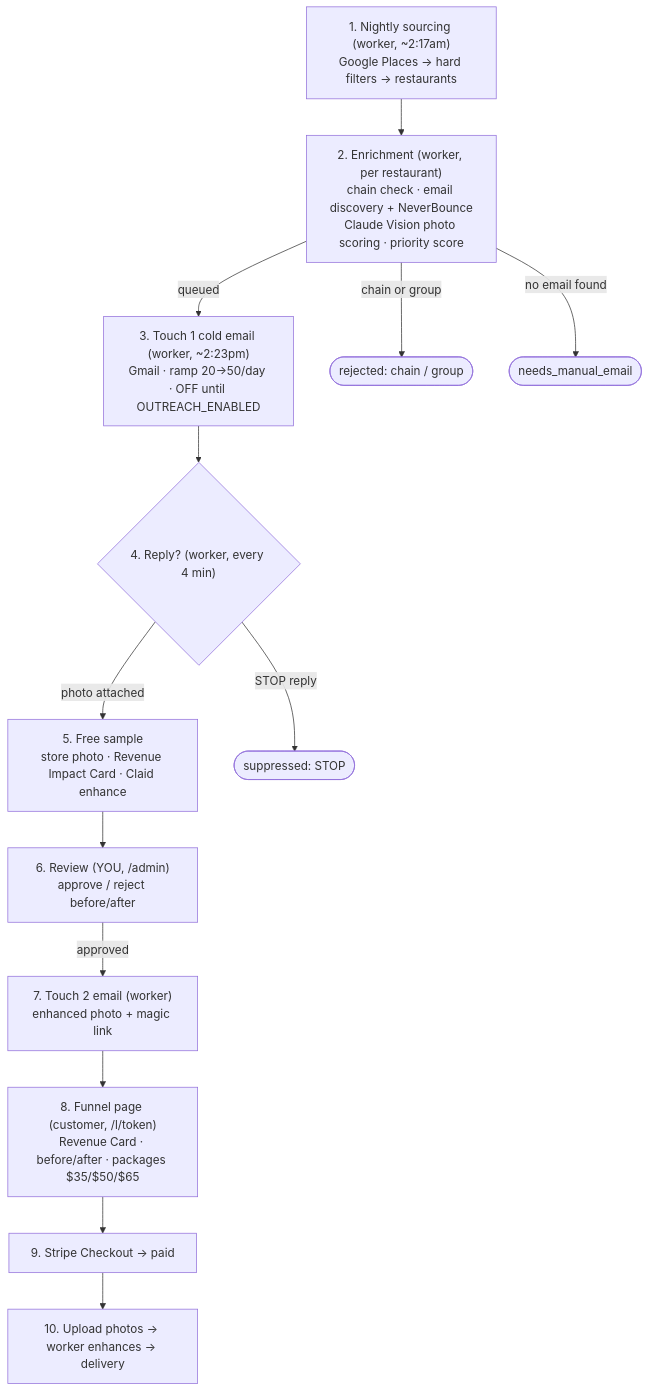
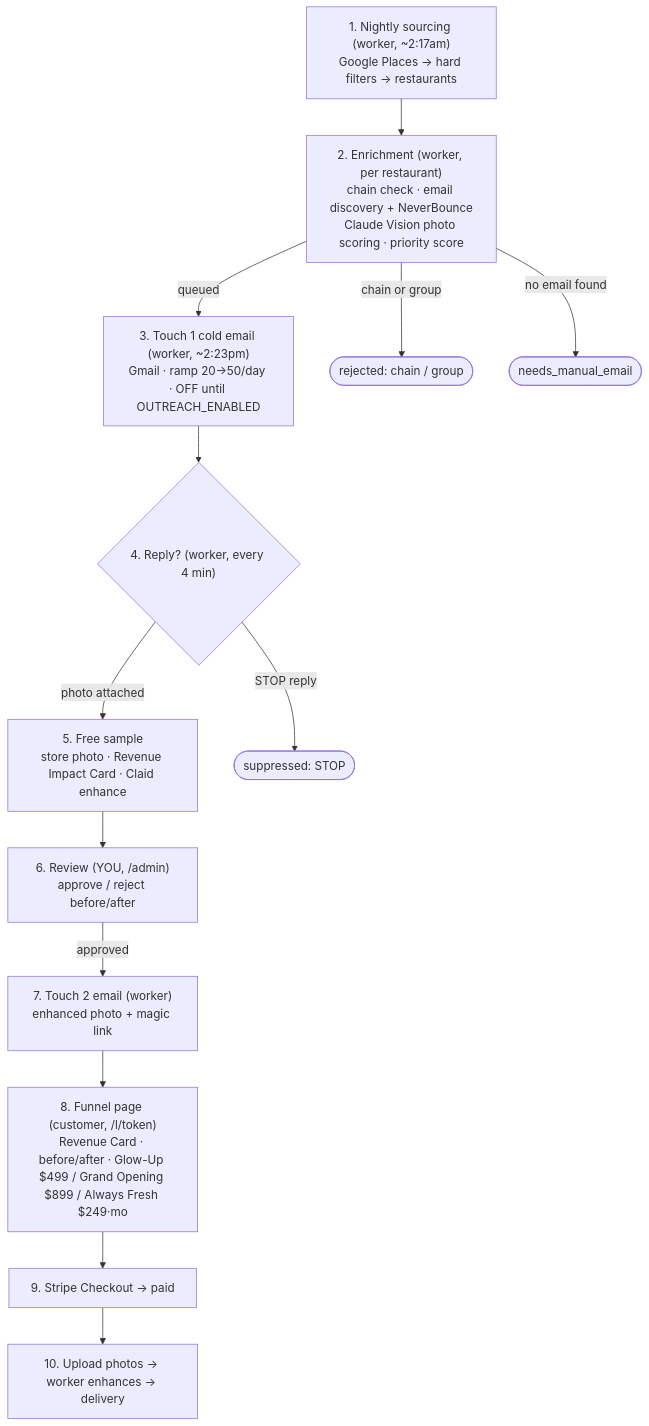
Before and after one commit to enriquehernandezit-oss/clickworthy: the first of 2 diagrams in PIPELINE.md, drawn with Mermaid. The commit also changed other lines of this file and 28 other files, not shown here.

First line of the commit message:
Pivot to high-ticket offer + manual production flow

````diff
--- a/PIPELINE.md
+++ b/PIPELINE.md
@@ -17,30 +17,30 @@
 ```mermaid
 flowchart TD
     S1["1. Nightly sourcing (worker, ~2:17am)<br/>Google Places → hard filters → restaurants"]
     S2["2. Enrichment (worker, per restaurant)<br/>chain check · email discovery + NeverBounce<br/>Claude Vision photo scoring · priority score"]
     S3["3. Touch 1 cold email (worker, ~2:23pm)<br/>Gmail · ramp 20→50/day · OFF until OUTREACH_ENABLED"]
     S4{"4. Reply? (worker, every 4 min)"}
     S5["5. Free sample<br/>store photo · Revenue Impact Card · Claid enhance"]
     S6["6. Review (YOU, /admin)<br/>approve / reject before/after"]
     S7["7. Touch 2 email (worker)<br/>enhanced photo + magic link"]
-    S8["8. Funnel page (customer, /l/token)<br/>Revenue Card · before/after · packages $35/$50/$65"]
+    S8["8. Funnel page (customer, /l/token)<br/>Revenue Card · before/after · Glow-Up $499 / Grand Opening $899 / Always Fresh $249·mo"]
     S9["9. Stripe Checkout → paid"]
     S10["10. Upload photos → worker enhances → delivery"]
 
     RJ(["rejected: chain / group"])
     MM(["needs_manual_email"])
     SUP(["suppressed: STOP"])
 
     S1 --> S2
     S2 -->|chain or group| RJ
     S2 -->|no email found| MM
     S2 -->|queued| S3
     S3 --> S4
     S4 -->|STOP reply| SUP
     S4 -->|photo attached| S5
     S5 --> S6
     S6 -->|approved| S7
     S7 --> S8
     S8 --> S9
     S9 --> S10
 ```
````
